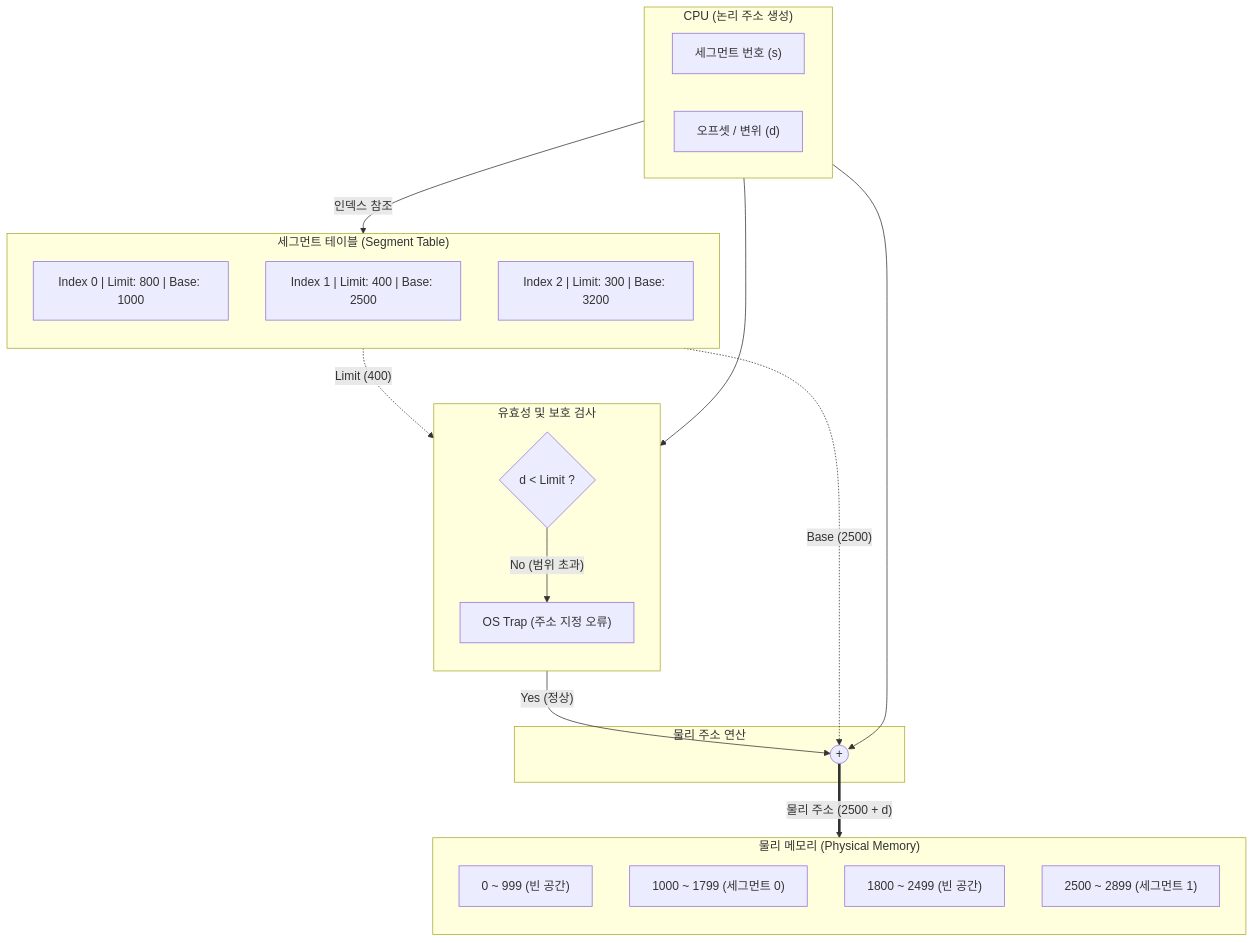
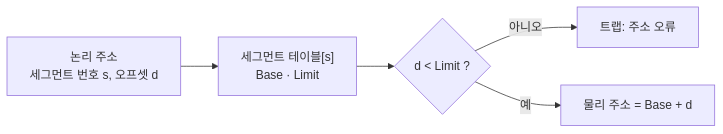
Before and after one commit to supremethumb/supremethumb.github.io: the diagram in content/01_IT Tech/세그멘테이션.md, drawn with Mermaid. The commit also changed other lines of this file and 1087 other files, not shown here.

````diff
--- a/content/01_IT Tech/세그멘테이션.md
+++ b/content/01_IT Tech/세그멘테이션.md
@@ -26,46 +35,7 @@
 ```mermaid
-flowchart TB
-    subgraph CPU ["CPU (논리 주소 생성)"]
-        direction LR
-        S["세그먼트 번호 (s)"]
-        D["오프셋 / 변위 (d)"]
-    end
-
-    subgraph ST ["세그먼트 테이블 (Segment Table)"]
-        direction TB
-        ST_0["Index 0 | Limit: 800 | Base: 1000"]
-        ST_1["Index 1 | Limit: 400 | Base: 2500"]
-        ST_2["Index 2 | Limit: 300 | Base: 3200"]
-    end
-
-    subgraph Check ["유효성 및 보호 검사"]
-        direction TB
-        CMP{"d < Limit ?"}
-        Trap["OS Trap (주소 지정 오류)"]
-    end
-
-    subgraph Cal ["물리 주소 연산"]
-        ADD((+))
-    end
-
-    subgraph Mem ["물리 메모리 (Physical Memory)"]
-        direction TB
-        M_Empty1["0 ~ 999 (빈 공간)"]
-        M_0["1000 ~ 1799 (세그먼트 0)"]
-        M_Empty2["1800 ~ 2499 (빈 공간)"]
-        M_1["2500 ~ 2899 (세그먼트 1)"]
-    end
-
-    S -->|"인덱스 참조"| ST_1
-    D --> CMP
-    ST_1 -. "Limit (400)" .-> CMP
-    
-    CMP -- "No (범위 초과)" --> Trap
-    CMP -- "Yes (정상)" --> ADD
-    
-    ST_1 -. "Base (2500)" .-> ADD
-    D --> ADD
-    
-    ADD == "물리 주소 (2500 + d)" ==> M_1
-
+flowchart LR
+    LA["논리 주소<br/>세그먼트 번호 s, 오프셋 d"] --> ST["세그먼트 테이블[s]<br/>Base · Limit"]
+    ST --> CMP{"d < Limit ?"}
+    CMP -- "아니오" --> TRAP["트랩: 주소 오류"]
+    CMP -- "예" --> ADD["물리 주소 = Base + d"]
 ```
````
